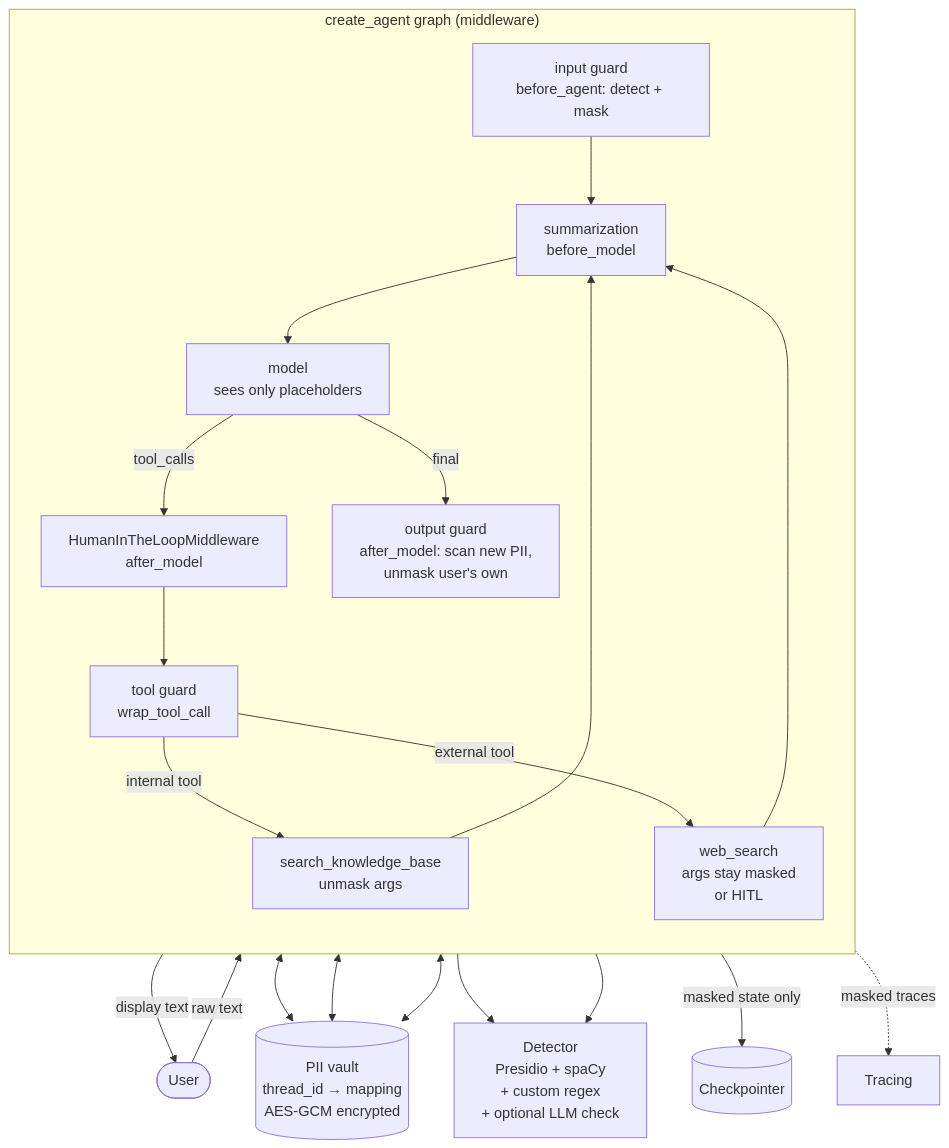
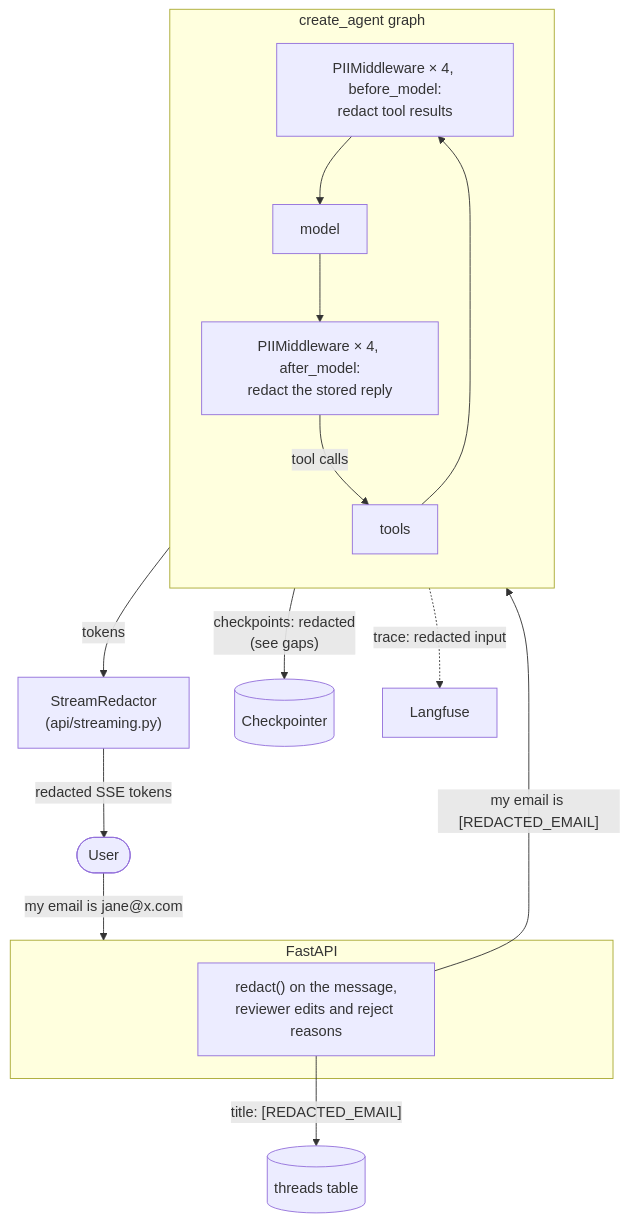
One commit to Anirudh1905/agentic-ai-chatbot changed the diagram in docs/phase-5-pii-detection-masking.md. Above: the diagram before and after it, drawn with Mermaid. The commit also changed other lines of this file and 22 other files, not shown here.

````diff
--- a/docs/phase-5-pii-detection-masking.md
+++ b/docs/phase-5-pii-detection-masking.md
@@ -31,28 +21,24 @@
 ```mermaid
 flowchart TB
-    User([User]) -->|raw text| InG
+    User([User]) -->|"my email is jane@x.com"| API
 
-    subgraph Graph["create_agent graph (middleware)"]
-        direction TB
-        InG["input guard<br/>before_agent: detect + mask"] --> Ctx[summarization<br/>before_model]
-        Ctx --> LLM[model<br/>sees only placeholders]
-        LLM -->|tool_calls| Gate[HumanInTheLoopMiddleware<br/>after_model]
-        Gate --> TG["tool guard<br/>wrap_tool_call"]
-        TG -->|internal tool| KB[search_knowledge_base<br/>unmask args]
-        TG -->|external tool| WS[web_search<br/>args stay masked<br/>or HITL]
-        KB --> Ctx
-        WS --> Ctx
-        LLM -->|final| OutG["output guard<br/>after_model: scan new PII,<br/>unmask user's own"]
+    subgraph API["FastAPI"]
+        Redact["redact() on the message,<br/>reviewer edits and reject reasons"]
     end
 
-    OutG -->|display text| User
+    Redact -->|"title: [REDACTED_EMAIL]"| Threads[(threads table)]
+    Redact -->|"my email is [REDACTED_EMAIL]"| Agent
 
-    InG <--> Vault[(PII vault<br/>thread_id → mapping<br/>AES-GCM encrypted)]
-    TG <--> Vault
-    OutG <--> Vault
-    Graph -->|masked state only| CP[(Checkpointer)]
-    Graph -.masked traces.-> Obs[Tracing]
+    subgraph Agent["create_agent graph"]
+        direction TB
+        Before["PIIMiddleware × 4, before_model:<br/>redact tool results"] --> Model[model]
+        Model --> After["PIIMiddleware × 4, after_model:<br/>redact the stored reply"]
+        After -->|tool calls| Tools[tools]
+        Tools --> Before
+    end
 
-    InG --> Det[Detector<br/>Presidio + spaCy<br/>+ custom regex<br/>+ optional LLM check]
-    OutG --> Det
+    Model -->|tokens| Stream["StreamRedactor<br/>(api/streaming.py)"]
+    Stream -->|"redacted SSE tokens"| User
+    Agent -->|"checkpoints: redacted<br/>(see gaps)"| CP[(Checkpointer)]
+    Agent -.->|"trace: redacted input"| Obs[Langfuse]
 ```
````
